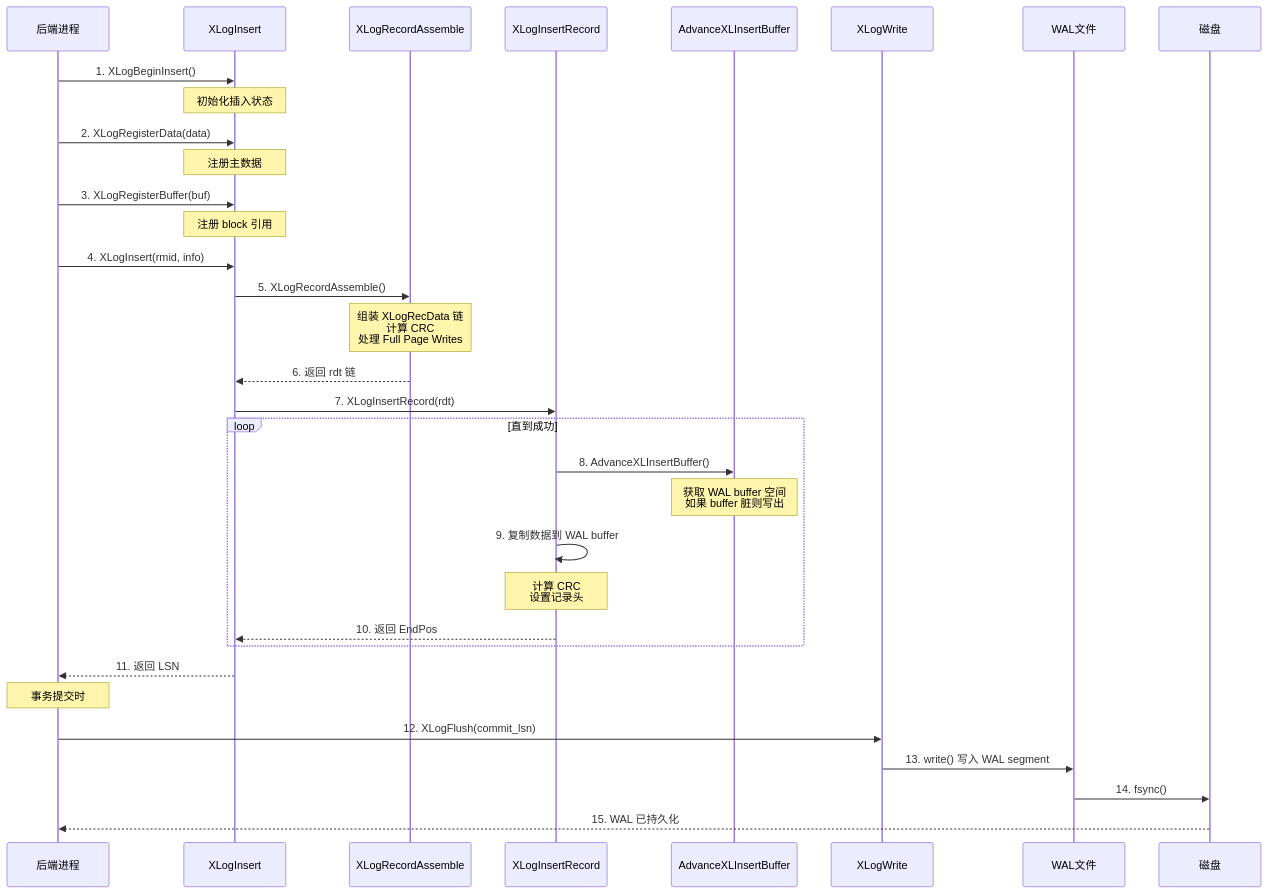
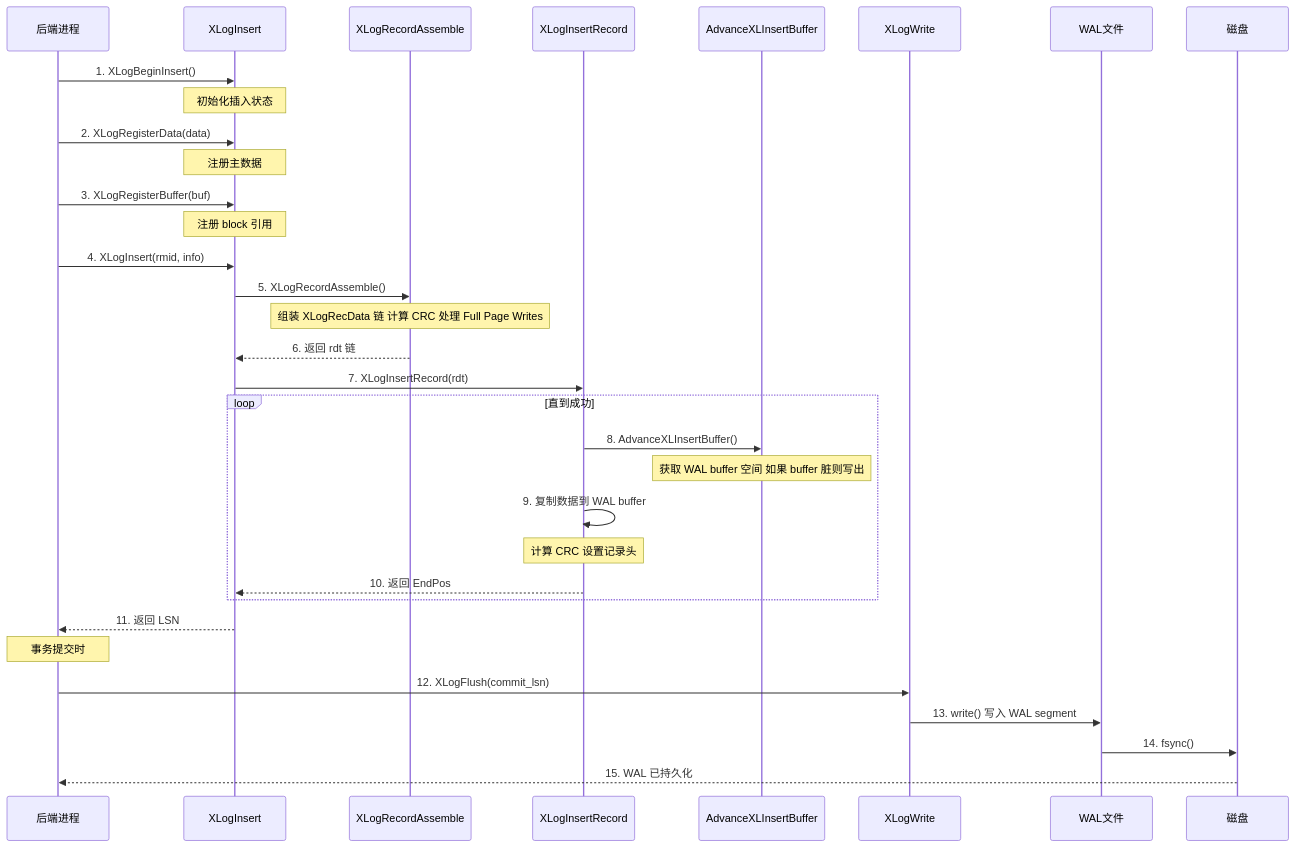
Before and after one commit to carlvinhust2012/MyStudy: the sixth of 11 diagrams in Database/Postgre/postgre的io流程分析.md, drawn with Mermaid. The commit also changed other lines of this file, not shown here.

Commit message:
update the postgre io flow analysis

````diff
--- a/Database/Postgre/postgre的io流程分析.md
+++ b/Database/Postgre/postgre的io流程分析.md
@@ -445,49 +445,49 @@
 ```mermaid
 sequenceDiagram
     participant Backend as 后端进程
     participant XLogIns as XLogInsert
     participant Assemble as XLogRecordAssemble
     participant InsertRec as XLogInsertRecord
     participant Advance as AdvanceXLInsertBuffer
     participant XLogWrite as XLogWrite
     participant WALFile as WAL文件
     participant Disk as 磁盘
 
     Backend->>XLogIns: 1. XLogBeginInsert()
     Note over XLogIns: 初始化插入状态
     
     Backend->>XLogIns: 2. XLogRegisterData(data)
     Note over XLogIns: 注册主数据
     
     Backend->>XLogIns: 3. XLogRegisterBuffer(buf)
     Note over XLogIns: 注册 block 引用
     
     Backend->>XLogIns: 4. XLogInsert(rmid, info)
     
     XLogIns->>Assemble: 5. XLogRecordAssemble()
-    Note over Assemble: 组装 XLogRecData 链<br/>计算 CRC<br/>处理 Full Page Writes
+    Note over Assemble: 组装 XLogRecData 链 计算 CRC 处理 Full Page Writes
     Assemble-->>XLogIns: 6. 返回 rdt 链
     
     XLogIns->>InsertRec: 7. XLogInsertRecord(rdt)
     
     loop 直到成功
         InsertRec->>Advance: 8. AdvanceXLInsertBuffer()
-        Note over Advance: 获取 WAL buffer 空间<br/>如果 buffer 脏则写出
+        Note over Advance: 获取 WAL buffer 空间 如果 buffer 脏则写出
         
         InsertRec->>InsertRec: 9. 复制数据到 WAL buffer
-        Note over InsertRec: 计算 CRC<br/>设置记录头
+        Note over InsertRec: 计算 CRC 设置记录头
         
         InsertRec-->>XLogIns: 10. 返回 EndPos
     end
     
     XLogIns-->>Backend: 11. 返回 LSN
     
     Note over Backend: 事务提交时
     
     Backend->>XLogWrite: 12. XLogFlush(commit_lsn)
     
     XLogWrite->>WALFile: 13. write() 写入 WAL segment
     WALFile->>Disk: 14. fsync()
     
     Disk-->>Backend: 15. WAL 已持久化
 ```
````
